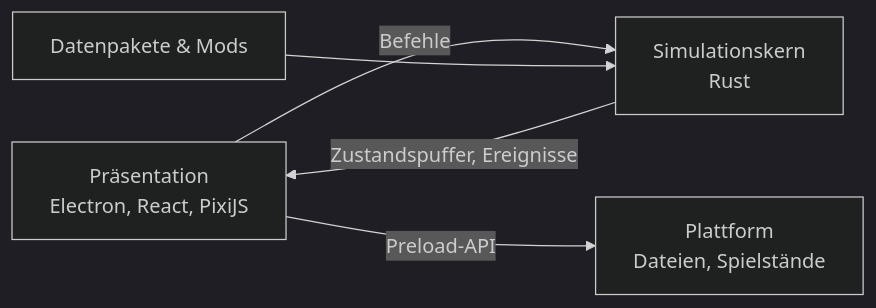
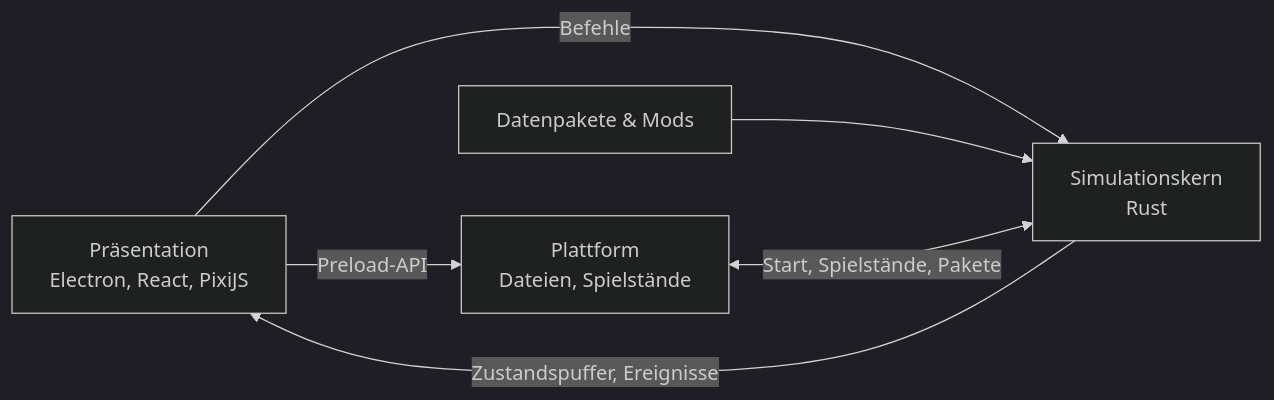
One commit to Paddel87/OpenAirside changed the diagram in README.md. Above: the diagram before and after it, drawn with Mermaid (dark theme). The commit also changed other lines of this file and 7 other files, not shown here.

````diff
--- a/README.md
+++ b/README.md
@@ -64,7 +64,8 @@
 ```mermaid
 graph LR
   P[Präsentation<br/>Electron, React, PixiJS] -->|Befehle| K[Simulationskern<br/>Rust]
   K -->|Zustandspuffer, Ereignisse| P
   D[Datenpakete & Mods] --> K
   P -->|Preload-API| PL[Plattform<br/>Dateien, Spielstände]
+  PL <-->|Start, Spielstände, Pakete| K
 ```
````
